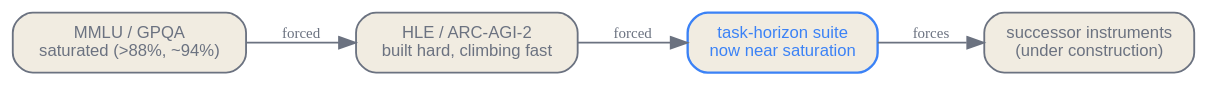
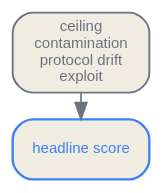
Before and after one commit to latere-ai/ai-as-an-infrastructure: the fourth of 4 diagrams in en/frontiers/02-the-capability-horizon.qmd, drawn with Graphviz. The commit also changed other lines of this file and 3 other files, not shown here.

````diff
--- a/en/frontiers/02-the-capability-horizon.qmd
+++ b/en/frontiers/02-the-capability-horizon.qmd
@@ -144,19 +281,16 @@
 ```{dot}
 //| label: fig-horizon-saturation
-//| fig-cap: "The instruments saturate faster than they can be built. Each generation of benchmark is created to resist saturation, climbs steeply as models exhaust it, and forces the next instrument. The horizon suite, built to outlast scores, is itself now near saturation."
-digraph saturation {
-  rankdir=LR;
+//| fig-cap: "Benchmarks fail in different ways. A ceiling compresses differences, contamination changes what is being tested, protocol drift breaks comparisons, and exploits can bypass the intended task."
+digraph {
   bgcolor="transparent";
-  node [shape=box, style="rounded,filled", fontname="Helvetica", fontsize=10, color="#6b7280", fontcolor="#6b7280", fillcolor="#f1ece1", penwidth=1.1];
-  edge [color="#6b7280", fontcolor="#6b7280", fontsize=9];
+  rankdir=TB;
+  nodesep=0.18; ranksep=0.22;
+  node [shape=box, style="rounded,filled", fontname="Helvetica", fontsize=9, color="#6b7280", fontcolor="#6b7280", fillcolor="#f1ece1", penwidth=1.1];
+  edge [color="#6b7280"];
 
-  mmlu [label="MMLU / GPQA\nsaturated (>88%, ~94%)"];
-  hard [label="HLE / ARC-AGI-2\nbuilt hard, climbing fast"];
-  horizon [label="task-horizon suite\nnow near saturation", color="#3b82f6", fontcolor="#3b82f6", penwidth=1.4];
-  next [label="successor instruments\n(under construction)"];
+  risks [label="ceiling\ncontamination\nprotocol drift\nexploit"];
+  score [label="headline score", color="#3b82f6", fontcolor="#3b82f6", penwidth=1.4];
 
-  mmlu -> hard [label="forced"];
-  hard -> horizon [label="forced"];
-  horizon -> next [label="forces"];
+  risks -> score;
 }
 ```
````
